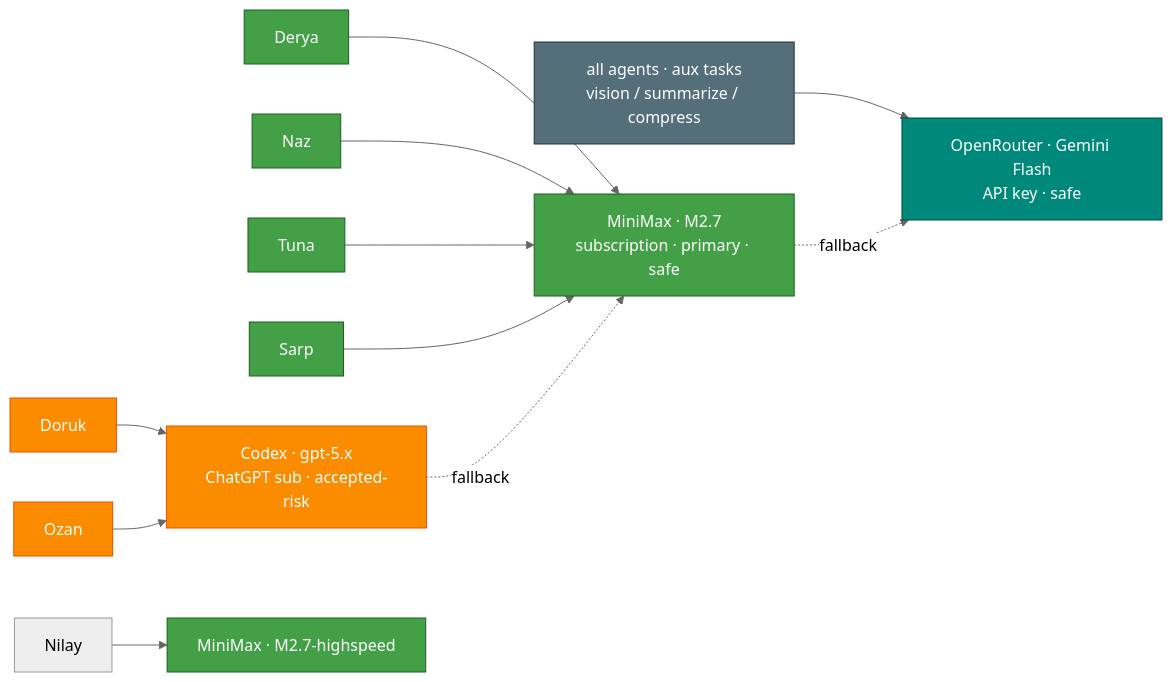
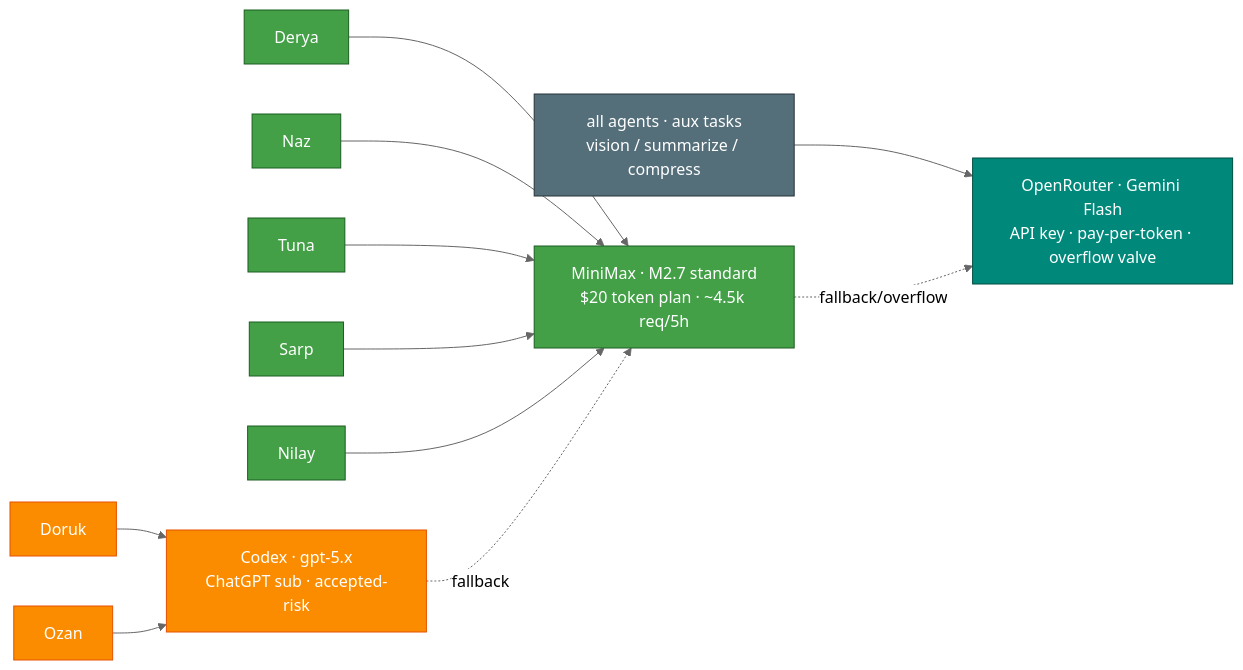
Before and after one commit to mpolatcan/hermes-setup: the diagram in docs/04-models.md, drawn with Mermaid (neutral theme). The commit also changed other lines of this file and 3 other files, not shown here.

First line of the commit message:
docs(models): rebuild around $20 MiniMax Token Plan, drop highspeed

````diff
--- a/docs/04-models.md
+++ b/docs/04-models.md
@@ -7,17 +7,16 @@
 ```mermaid
 flowchart LR
     Doruk & Ozan --> codex["Codex · gpt-5.x<br/>ChatGPT sub · accepted-risk"]
-    Derya & Naz & Tuna & Sarp --> mini["MiniMax · M2.7<br/>subscription · primary · safe"]
-    Nilay --> mhs["MiniMax · M2.7-highspeed"]
-    aux["all agents · aux tasks<br/>vision / summarize / compress"] --> or["OpenRouter · Gemini Flash<br/>API key · safe"]
+    Derya & Naz & Tuna & Sarp & Nilay --> mini["MiniMax · M2.7 standard<br/>$20 token plan · ~4.5k req/5h"]
+    aux["all agents · aux tasks<br/>vision / summarize / compress"] --> or["OpenRouter · Gemini Flash<br/>API key · pay-per-token · overflow valve"]
     codex -. fallback .-> mini
-    mini -. fallback .-> or
+    mini -. fallback/overflow .-> or
     classDef codex fill:#FB8C00,stroke:#E65100,color:#fff
     classDef mini fill:#43A047,stroke:#1B5E20,color:#fff
     classDef ext fill:#00897B,stroke:#004D40,color:#fff
     classDef neutral fill:#546E7A,stroke:#263238,color:#fff
     class Doruk,Ozan,codex codex
-    class Derya,Naz,Tuna,Sarp,mini,mhs mini
+    class Derya,Naz,Tuna,Sarp,Nilay,mini mini
     class or ext
     class aux neutral
 ```
````
